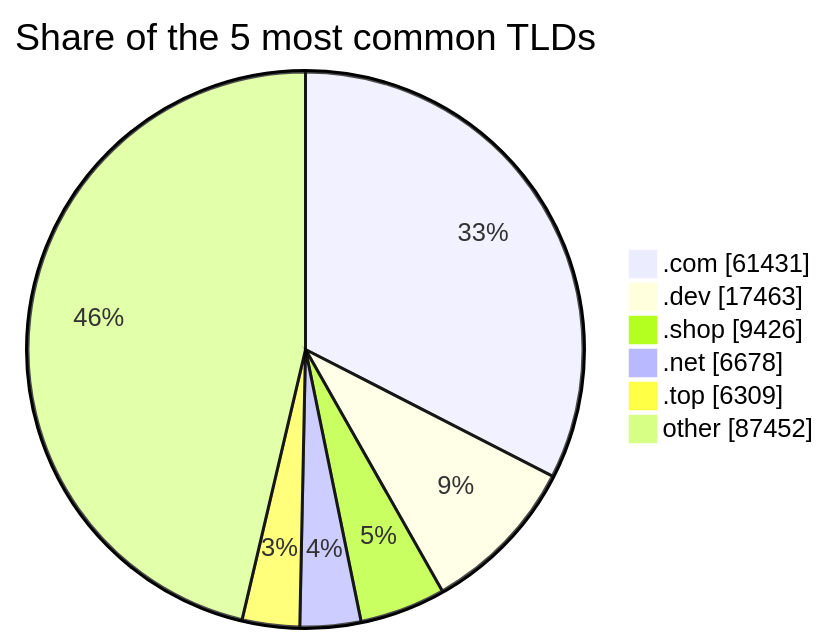
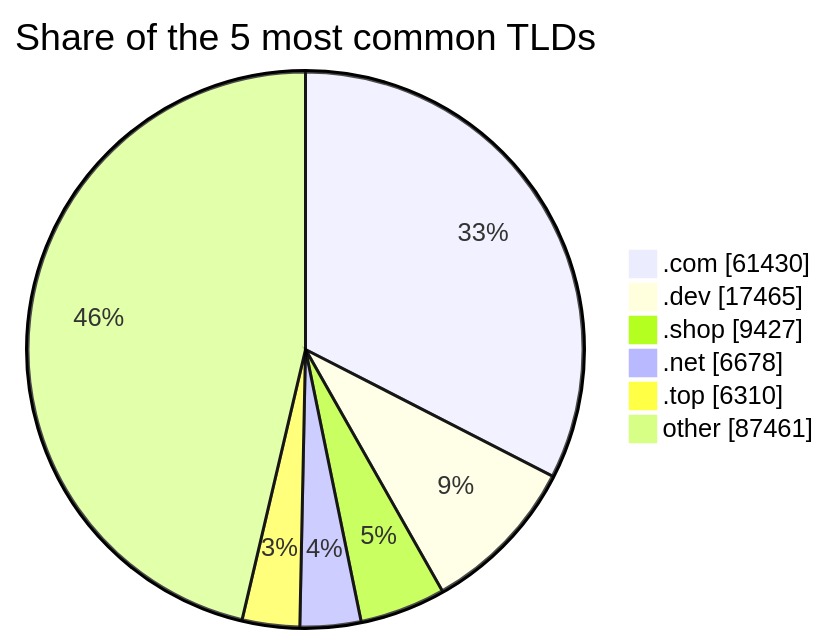
One commit to DNSBunker/CTI changed the third of 3 diagrams in README.md. Above: the diagram before and after it, drawn with Mermaid. The commit also changed other lines of this file and 3 other files, not shown here.

````diff
--- a/README.md
+++ b/README.md
@@ -81,9 +81,9 @@
 ```mermaid
 pie showData title Share of the 5 most common TLDs
-    ".com" : 61431
-    ".dev" : 17463
-    ".shop" : 9426
+    ".com" : 61430
+    ".dev" : 17465
+    ".shop" : 9427
     ".net" : 6678
-    ".top" : 6309
-    "other" : 87452
+    ".top" : 6310
+    "other" : 87461
 ```
````
